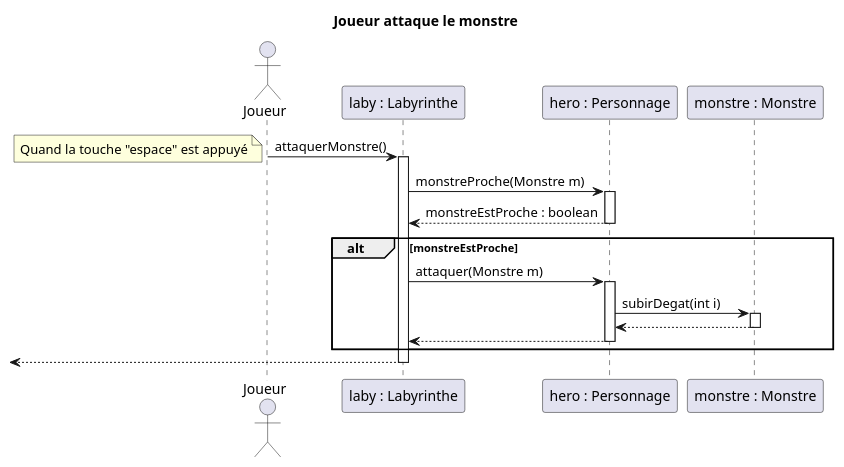
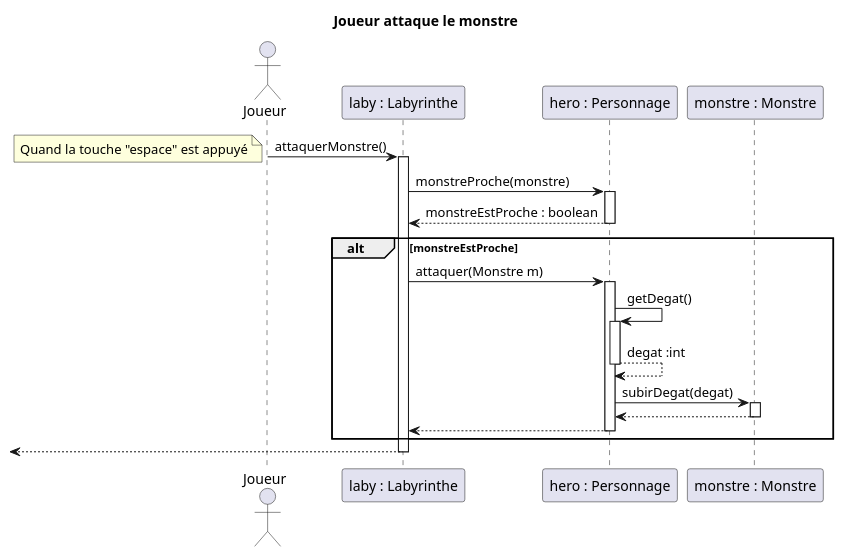
Before and after one commit to Hugo-COLLIN/BUT_INFO_S2_2022_Zeldiablo: the diagram in racine_depot/documents/version_4/JoueurAttaque.puml, drawn with PlantUML.

Commit message:
Modification du diagramme de sequence lorsque le joueur attaque les monstres

```diff
--- a/racine_depot/documents/version_4/JoueurAttaque.puml
+++ b/racine_depot/documents/version_4/JoueurAttaque.puml
@@ -1,33 +1,38 @@
 @startuml
 title "Joueur attaque le monstre"
 actor Joueur
 participant "laby : Labyrinthe" as laby
 participant "hero : Personnage" as hero
 participant "monstre : Monstre" as monstre
 
 
 Joueur -> laby : attaquerMonstre()
 note left : Quand la touche "espace" est appuyé
 activate laby
-    laby -> hero : monstreProche(Monstre m)
+    laby -> hero : monstreProche(monstre)
     activate hero
     laby <-- hero : monstreEstProche : boolean
     deactivate hero
 
 
     alt monstreEstProche
         laby -> hero : attaquer(Monstre m)
         activate hero
 
-            hero -> monstre : subirDegat(int i)
+            hero -> hero : getDegat()
+            activate hero
+            hero --> hero : degat :int
+            deactivate hero
+
+            hero -> monstre : subirDegat(degat)
             activate monstre
             hero <-- monstre
             deactivate monstre
 
         laby <-- hero
         deactivate hero
     end
 
 <-- laby
 deactivate laby
 @enduml
```
